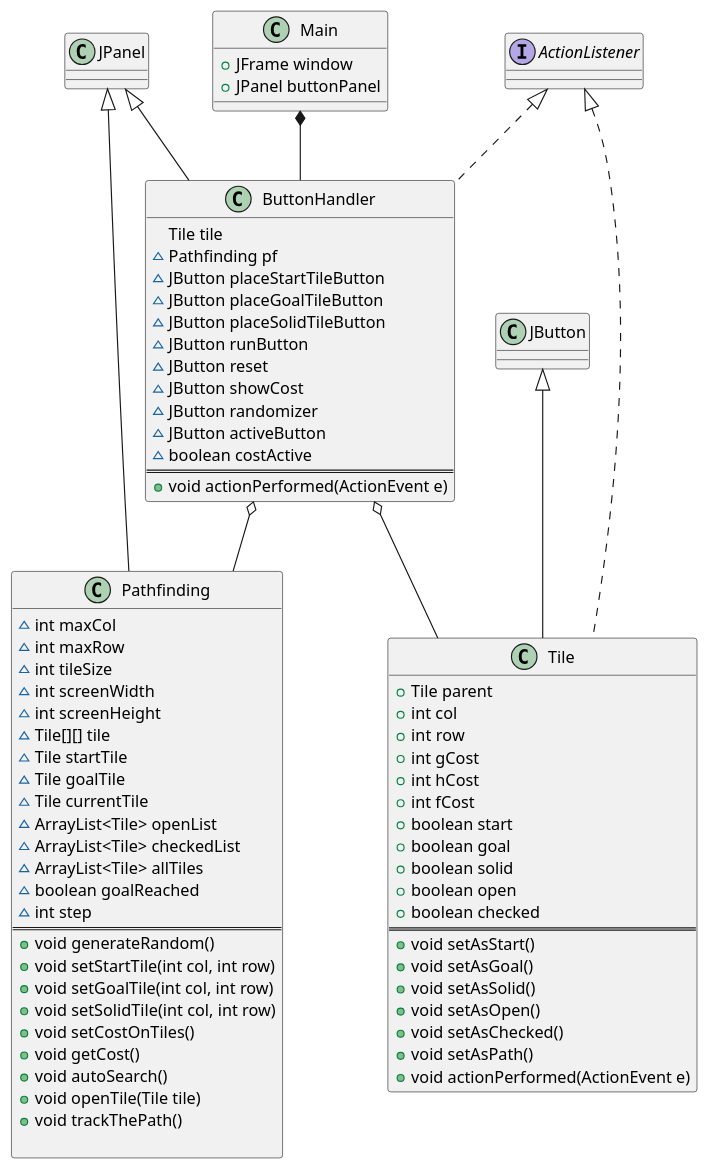
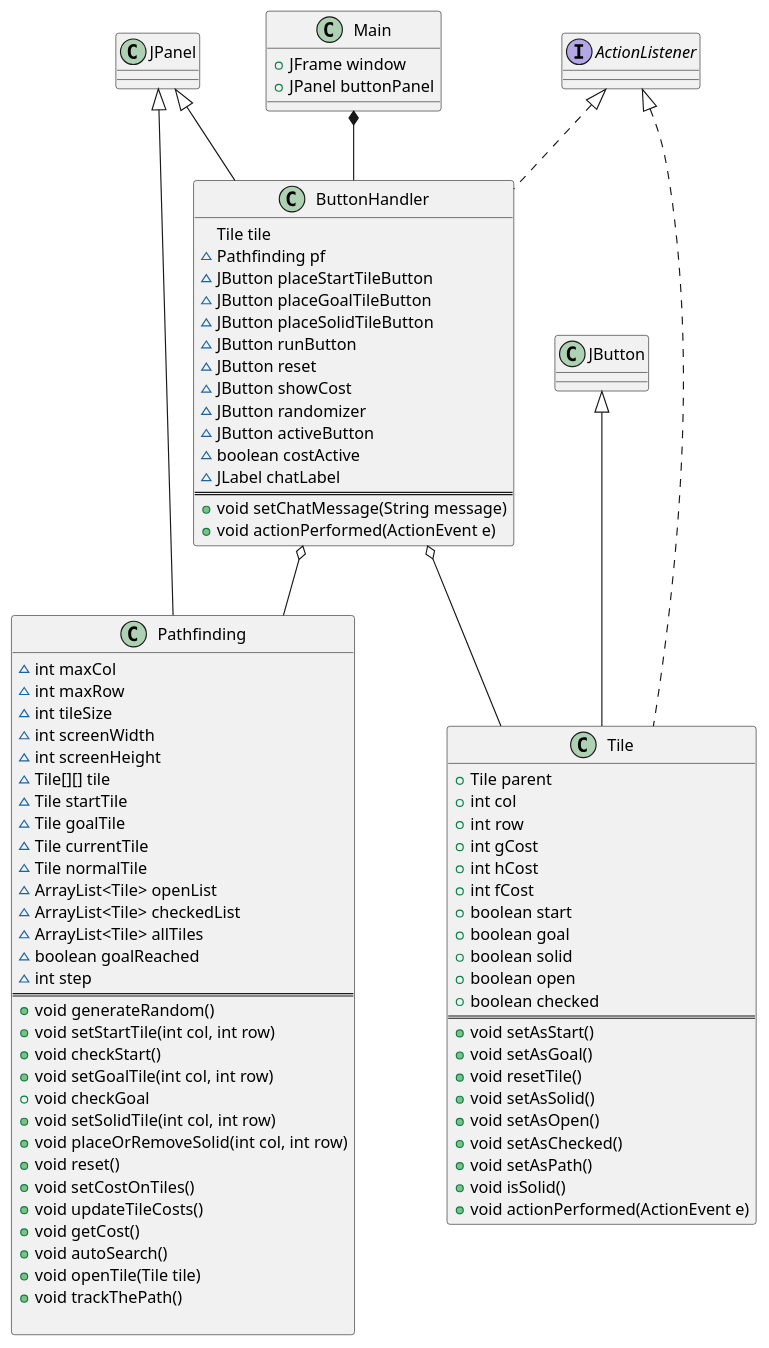
Before and after one commit to TobiOneCanobi/ICE-Project: the diagram in PlantUML/AStar.puml, drawn with PlantUML. The commit also changed 1 other file, not shown here.

```diff
--- a/PlantUML/AStar.puml
+++ b/PlantUML/AStar.puml
@@ -1,112 +1,122 @@
 @startuml
 
 class Main{
 + JFrame window
 + JPanel buttonPanel
 
 }
 
 class Pathfinding{
 ~ int maxCol
 ~ int maxRow
 ~ int tileSize
 ~ int screenWidth
 ~ int screenHeight
 ~ Tile[][] tile
 ~ Tile startTile
 ~ Tile goalTile
 ~ Tile currentTile
+~ Tile normalTile
 ~ ArrayList<Tile> openList
 ~ ArrayList<Tile> checkedList
 ~ ArrayList<Tile> allTiles
 ~ boolean goalReached
 ~ int step
 ==
 + void generateRandom()
 + void setStartTile(int col, int row)
++ void checkStart()
 + void setGoalTile(int col, int row)
++ void checkGoal
 + void setSolidTile(int col, int row)
++ void placeOrRemoveSolid(int col, int row)
++ void reset()
 + void setCostOnTiles()
++ void updateTileCosts()
 + void getCost()
 + void autoSearch()
 + void openTile(Tile tile)
 + void trackThePath()
 
 }
 
 class Tile{
 + Tile parent
 + int col
 + int row
 + int gCost
 + int hCost
 + int fCost
 + boolean start
 + boolean goal
 + boolean solid
 + boolean open
 + boolean checked
 ==
 + void setAsStart()
 + void setAsGoal()
++ void resetTile()
 + void setAsSolid()
 + void setAsOpen()
 + void setAsChecked()
 + void setAsPath()
++ void isSolid()
 + void actionPerformed(ActionEvent e)
 }
 
 
 
 class ButtonHandler{
 Tile tile
 ~ Pathfinding pf
 ~ JButton placeStartTileButton
 ~ JButton placeGoalTileButton
 ~ JButton placeSolidTileButton
 ~ JButton runButton
 ~ JButton reset
 ~ JButton showCost
 ~ JButton randomizer
 ~ JButton activeButton
 ~ boolean costActive
+~ JLabel chatLabel
 ==
++ void setChatMessage(String message)
 + void actionPerformed(ActionEvent e)
 }
 
 class JPanel{
 }
 
 class JButton{
 }
 
 interface ActionListener
 
 JPanel <|-- Pathfinding
 
 JButton <|-- Tile
 
 ActionListener <|.. Tile
 
 JPanel <|-- ButtonHandler
 
 ActionListener <|.. ButtonHandler
 
 Main *-- ButtonHandler
 
 ButtonHandler o-- Pathfinding
 
 ButtonHandler o-- Tile
 
 
 
 
 
 
 
 
 
 
 
 
 @enduml
```
